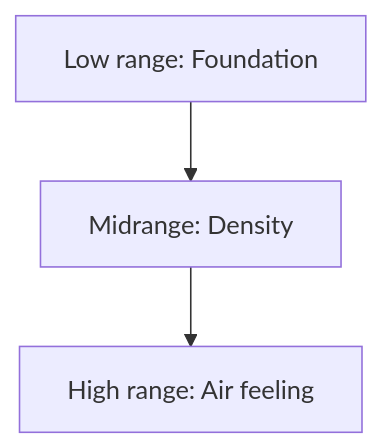
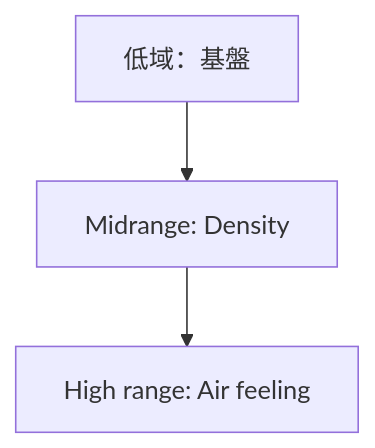
One commit to monumental-movement/monumental-movement.github.io changed the second of 4 diagrams in en/_posts/2025-12-18-column-ambient-drone-textural-drone.md. Above: the diagram before and after it, drawn with Mermaid. The commit also changed other lines of this file and 443 other files, not shown here.

```diff
--- a/en/_posts/2025-12-18-column-ambient-drone-textural-drone.md
+++ b/en/_posts/2025-12-18-column-ambient-drone-textural-drone.md
@@ -115,5 +115,5 @@
 <div class="mermaid">
 flowchart TB
-    L["Low range: Foundation"] --> M["Midrange: Density"]
+    L["低域：基盤"] --> M["Midrange: Density"]
     M --> H["High range: Air feeling"]
 </div>
```
